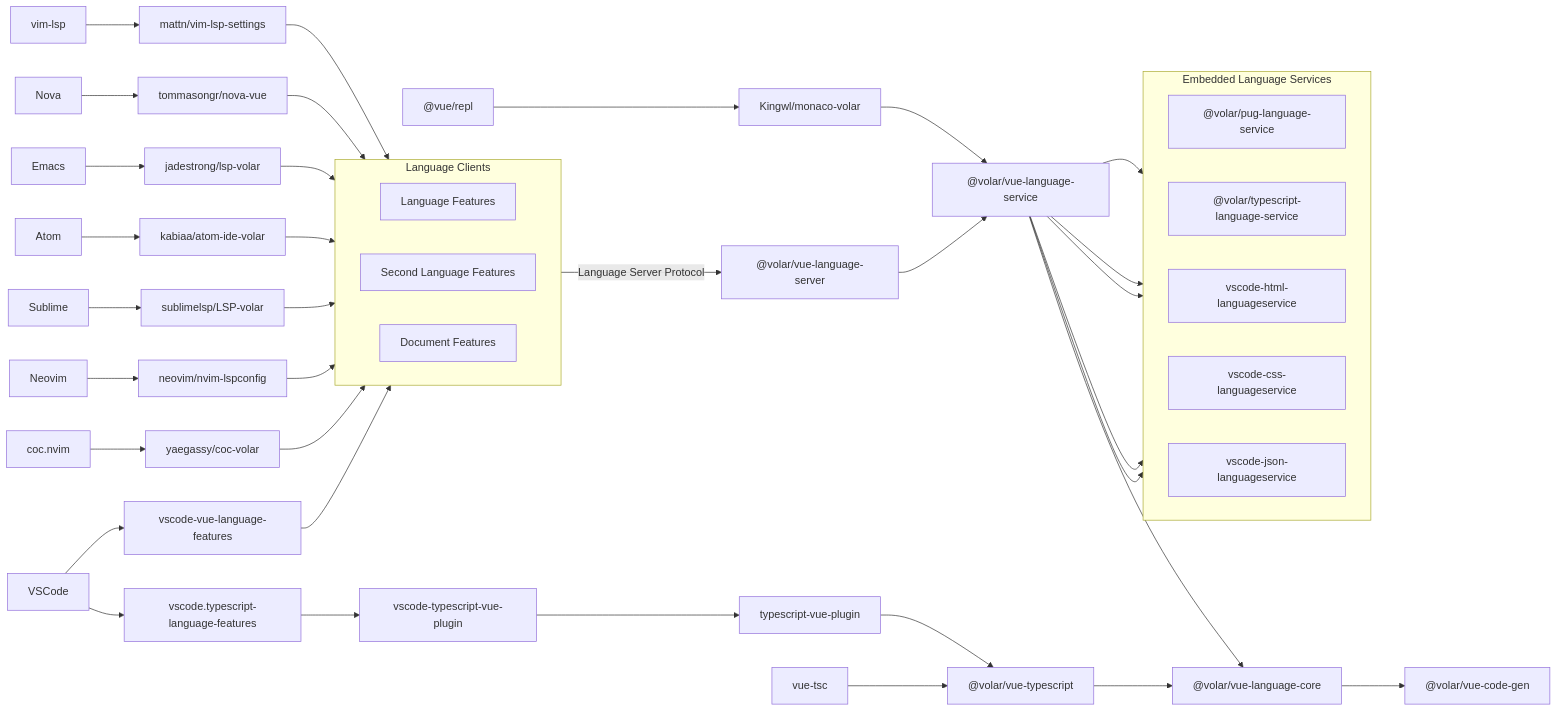
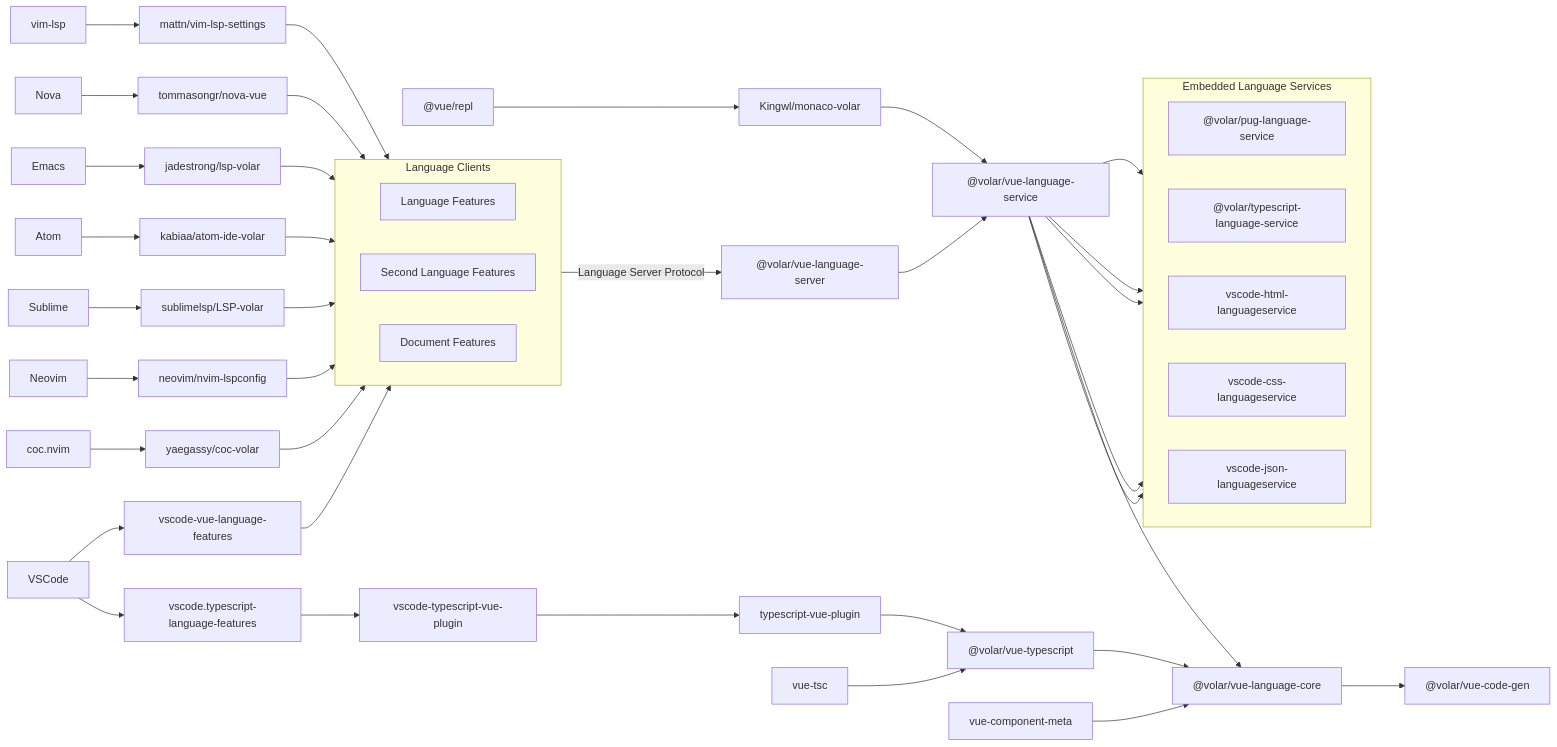
One commit to vuejs/language-tools changed the diagram in README.md. Above: the diagram before and after it, drawn with Mermaid. The commit also changed other lines of this file and 15 other files, not shown here.

First line of the commit message:
feat: add vue-component-meta

```diff
--- a/README.md
+++ b/README.md
@@ -132,6 +134,7 @@
 	%% VOLAR_TS_FASTER["@volar/typescript-faster"]
 	%% VOLAR_PREVIEW["@volar/preview"]
 	VUE_TSC[vue-tsc]
+	VUE_COMPONENT_META[vue-component-meta]
 	TS_VUE_PLUGIN[typescript-vue-plugin]
 
 	click VOLAR_VUE_SERVER "https://github.com/johnsoncodehk/volar/tree/master/packages/vue-language-server"
@@ -144,6 +147,7 @@
 	click VOLAR_TS_FASTER "https://github.com/johnsoncodehk/volar/tree/master/packages/typescript-faster"
 	click VOLAR_PREVIEW "https://github.com/johnsoncodehk/volar/tree/master/packages/preview"
 	click VUE_TSC "https://github.com/johnsoncodehk/volar/tree/master/packages/vue-tsc"
+	click VUE_COMPONENT_META "https://github.com/johnsoncodehk/volar/tree/master/packages/vue-component-meta"
 	click TS_VUE_PLUGIN "https://github.com/johnsoncodehk/volar/tree/master/packages/typescript-vue-plugin"
 
 	%% Extrnal Packages
@@ -226,6 +230,7 @@
 	%% VOLAR_VUE_SERVICE --> VOLAR_TS_FASTER
 
 	%% VOLAR_VUE_TS --> TS
+	VUE_COMPONENT_META --> VOLAR_VUE_CORE
 	VOLAR_VUE_TS --> VOLAR_VUE_CORE
 
 	VOLAR_VUE_SERVICE --> VOLAR_VUE_CORE
```
